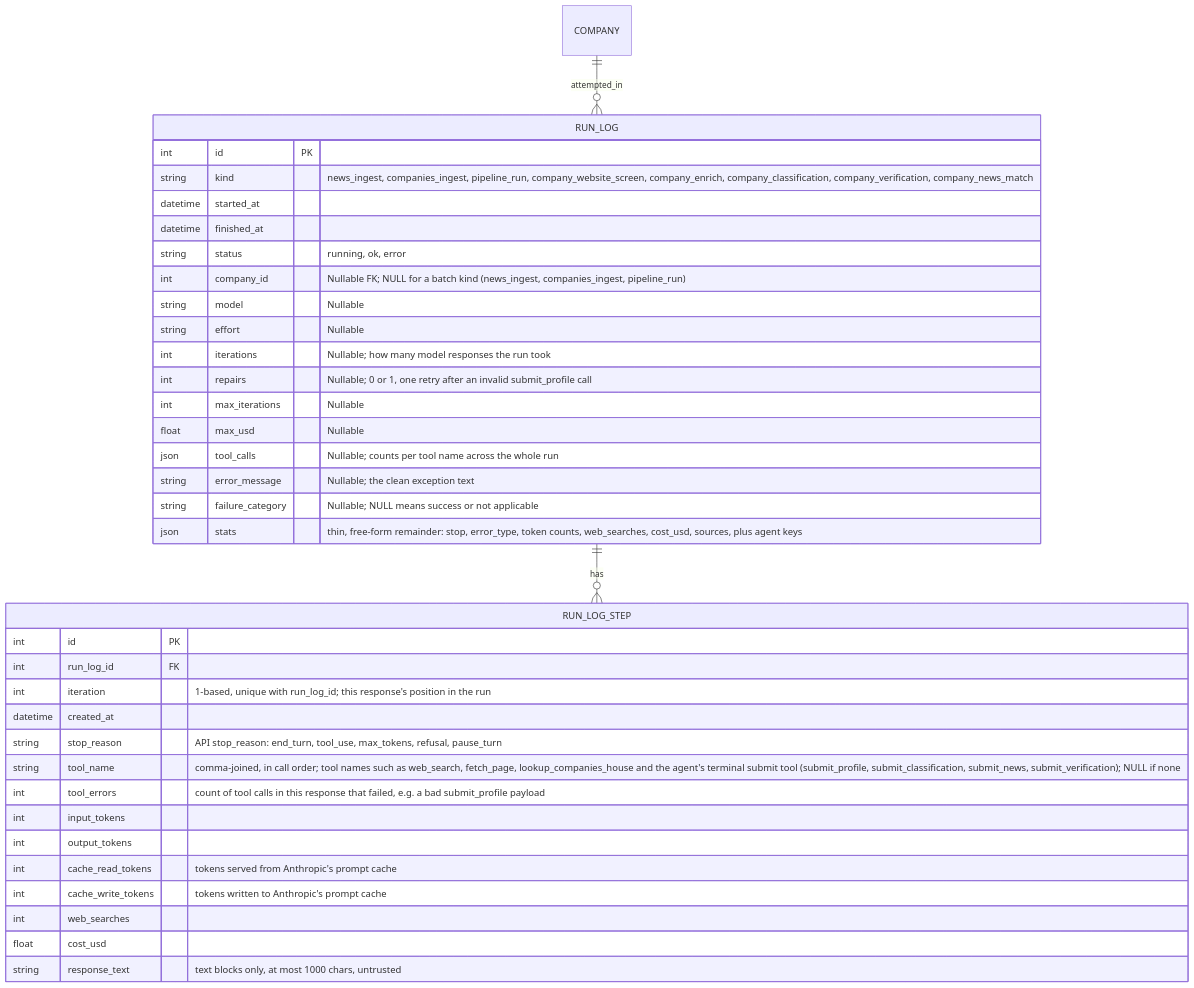
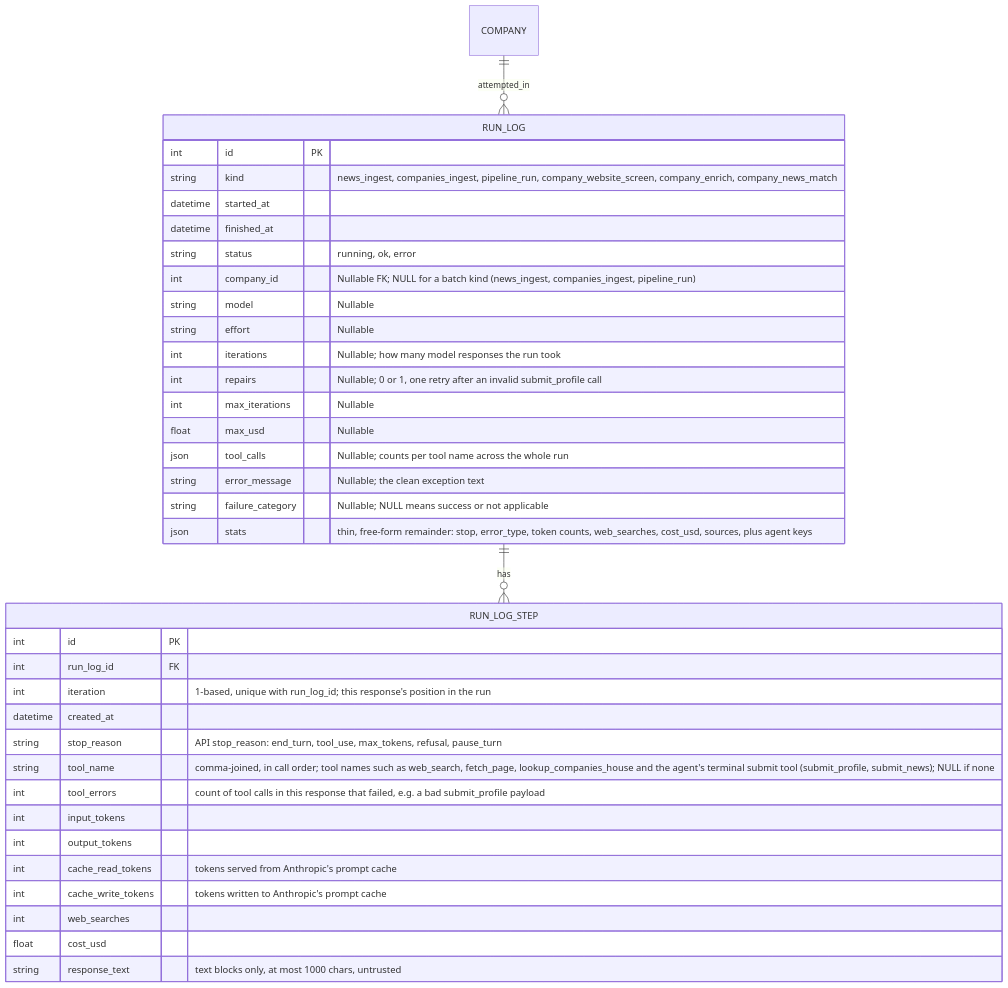
One commit to Farzaanee/sprout changed the second of 2 diagrams in docs/architecture/2. data-model.md. Above: the diagram before and after it, drawn with Mermaid. The commit also changed other lines of this file and 38 other files, not shown here.

````diff
--- a/docs/architecture/2. data-model.md
+++ b/docs/architecture/2. data-model.md
@@ -84,39 +84,39 @@
 ```mermaid
 erDiagram
     COMPANY ||--o{ RUN_LOG : attempted_in
     RUN_LOG ||--o{ RUN_LOG_STEP : has
     RUN_LOG {
         int id PK
-        string kind "news_ingest, companies_ingest, pipeline_run, company_website_screen, company_enrich, company_classification, company_verification, company_news_match"
+        string kind "news_ingest, companies_ingest, pipeline_run, company_website_screen, company_enrich, company_news_match"
         datetime started_at
         datetime finished_at
         string status "running, ok, error"
         int company_id "Nullable FK; NULL for a batch kind (news_ingest, companies_ingest, pipeline_run)"
         string model "Nullable"
         string effort "Nullable"
         int iterations "Nullable; how many model responses the run took"
         int repairs "Nullable; 0 or 1, one retry after an invalid submit_profile call"
         int max_iterations "Nullable"
         float max_usd "Nullable"
         json tool_calls "Nullable; counts per tool name across the whole run"
         string error_message "Nullable; the clean exception text"
         string failure_category "Nullable; NULL means success or not applicable"
         json stats "thin, free-form remainder: stop, error_type, token counts, web_searches, cost_usd, sources, plus agent keys"
     }
     RUN_LOG_STEP {
         int id PK
         int run_log_id FK
         int iteration "1-based, unique with run_log_id; this response's position in the run"
         datetime created_at
         string stop_reason "API stop_reason: end_turn, tool_use, max_tokens, refusal, pause_turn"
-        string tool_name "comma-joined, in call order; tool names such as web_search, fetch_page, lookup_companies_house and the agent's terminal submit tool (submit_profile, submit_classification, submit_news, submit_verification); NULL if none"
+        string tool_name "comma-joined, in call order; tool names such as web_search, fetch_page, lookup_companies_house and the agent's terminal submit tool (submit_profile, submit_news); NULL if none"
         int tool_errors "count of tool calls in this response that failed, e.g. a bad submit_profile payload"
         int input_tokens
         int output_tokens
         int cache_read_tokens "tokens served from Anthropic's prompt cache"
         int cache_write_tokens "tokens written to Anthropic's prompt cache"
         int web_searches
         float cost_usd
         string response_text "text blocks only, at most 1000 chars, untrusted"
     }
 ```
````
